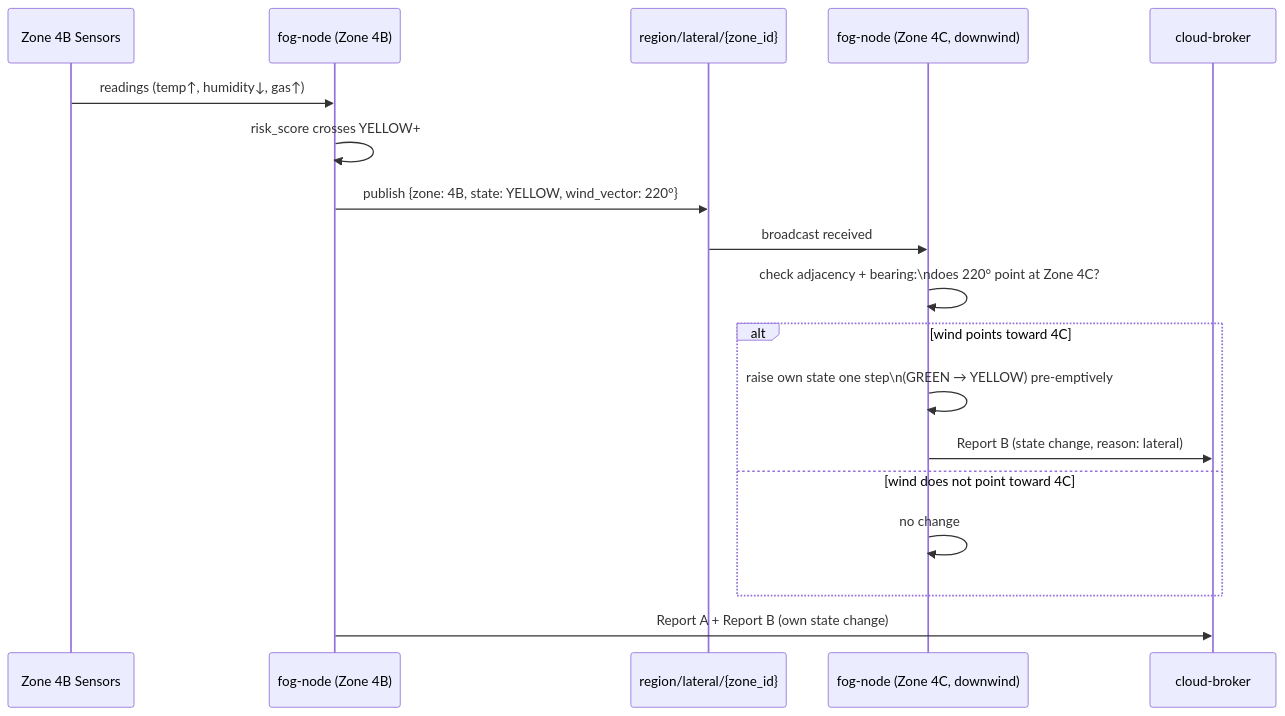
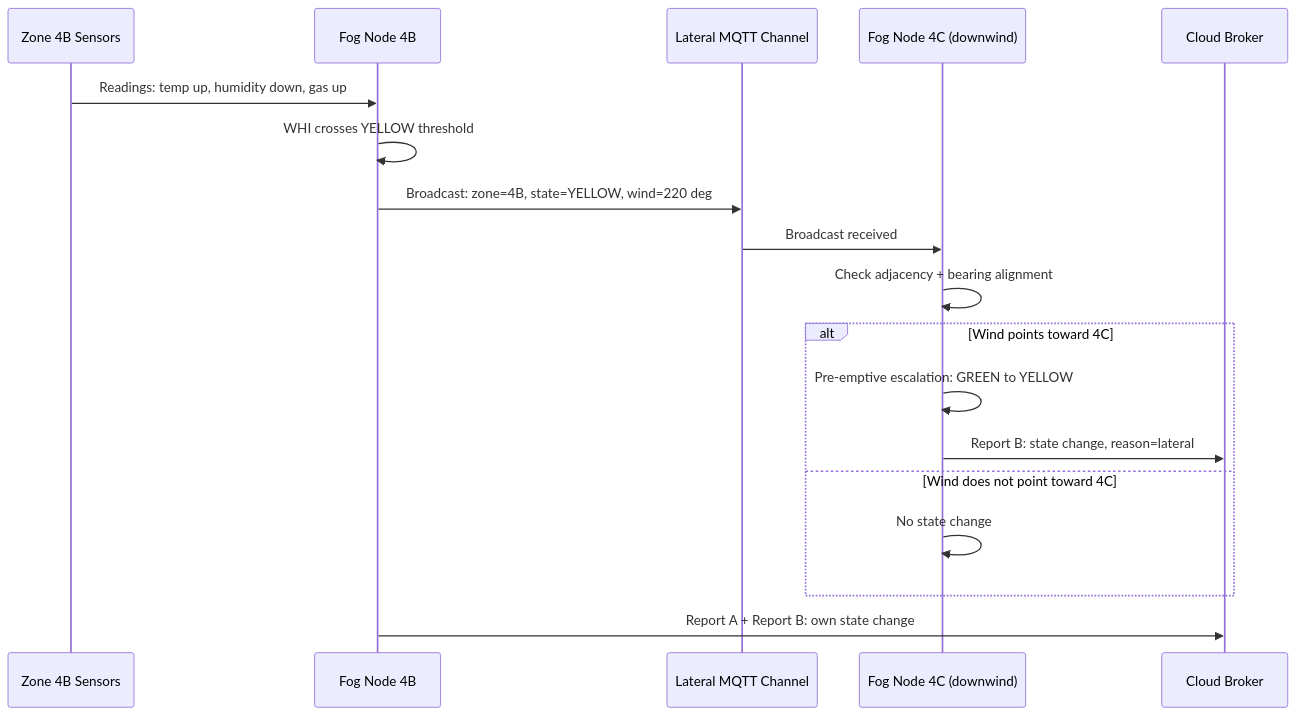
Before and after one commit to Gowshick-sapien/IGNIS: the fourth of 5 diagrams in docs/architecture.md, drawn with Mermaid. The commit also changed other lines of this file and 8 other files, not shown here.

````diff
--- a/docs/architecture.md
+++ b/docs/architecture.md
@@ -238,21 +213,23 @@
 ```mermaid
 sequenceDiagram
-    participant SensorsB as Zone 4B Sensors
-    participant FogB as fog-node (Zone 4B)
-    participant Lateral as region/lateral/{zone_id}
-    participant FogC as fog-node (Zone 4C, downwind)
-    participant Cloud as cloud-broker
+    participant Sensors as Zone 4B Sensors
+    participant FogB as Fog Node 4B
+    participant Lateral as Lateral MQTT Channel
+    participant FogC as Fog Node 4C (downwind)
+    participant Cloud as Cloud Broker
 
-    SensorsB->>FogB: readings (temp↑, humidity↓, gas↑)
-    FogB->>FogB: risk_score crosses YELLOW+
-    FogB->>Lateral: publish {zone: 4B, state: YELLOW, wind_vector: 220°}
-    Lateral->>FogC: broadcast received
-    FogC->>FogC: check adjacency + bearing:\ndoes 220° point at Zone 4C?
-    alt wind points toward 4C
-        FogC->>FogC: raise own state one step\n(GREEN → YELLOW) pre-emptively
-        FogC->>Cloud: Report B (state change, reason: lateral)
-    else wind does not point toward 4C
-        FogC->>FogC: no change
+    Sensors->>FogB: Readings: temp up, humidity down, gas up
+    FogB->>FogB: WHI crosses YELLOW threshold
+    FogB->>Lateral: Broadcast: zone=4B, state=YELLOW, wind=220 deg
+    Lateral->>FogC: Broadcast received
+    FogC->>FogC: Check adjacency + bearing alignment
+
+    alt Wind points toward 4C
+        FogC->>FogC: Pre-emptive escalation: GREEN to YELLOW
+        FogC->>Cloud: Report B: state change, reason=lateral
+    else Wind does not point toward 4C
+        FogC->>FogC: No state change
     end
-    FogB->>Cloud: Report A + Report B (own state change)
+
+    FogB->>Cloud: Report A + Report B: own state change
 ```
````
